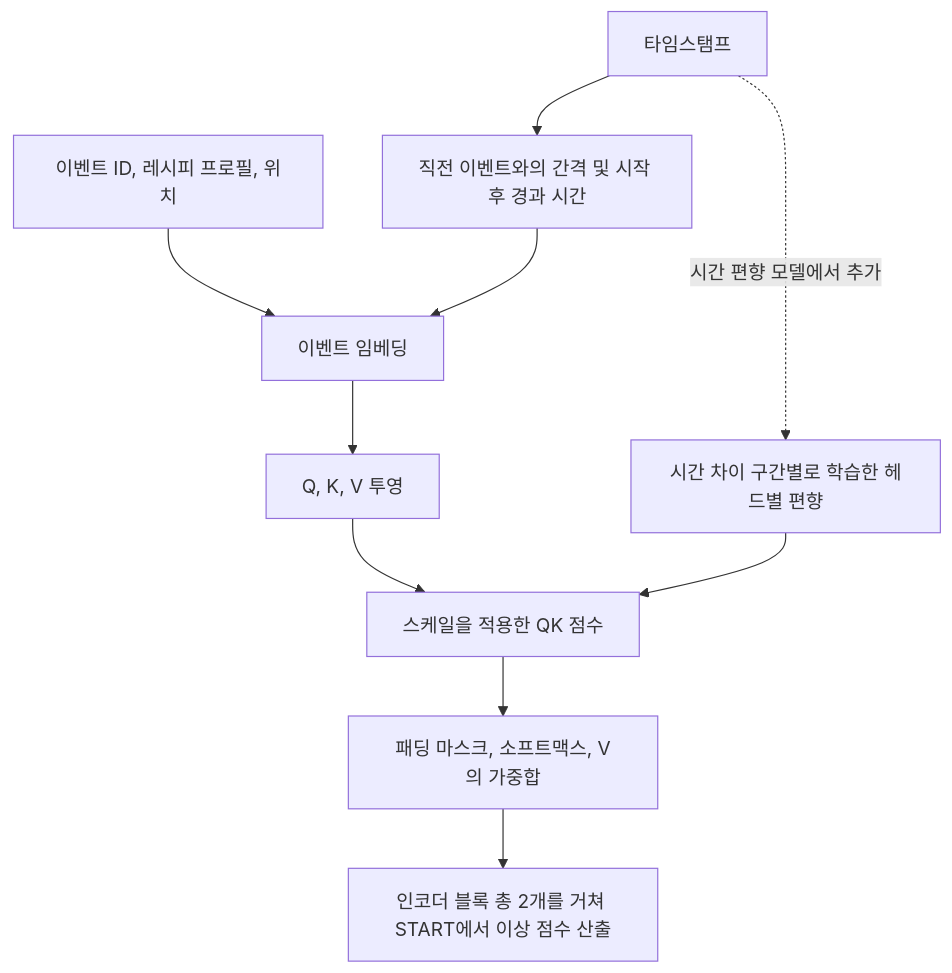
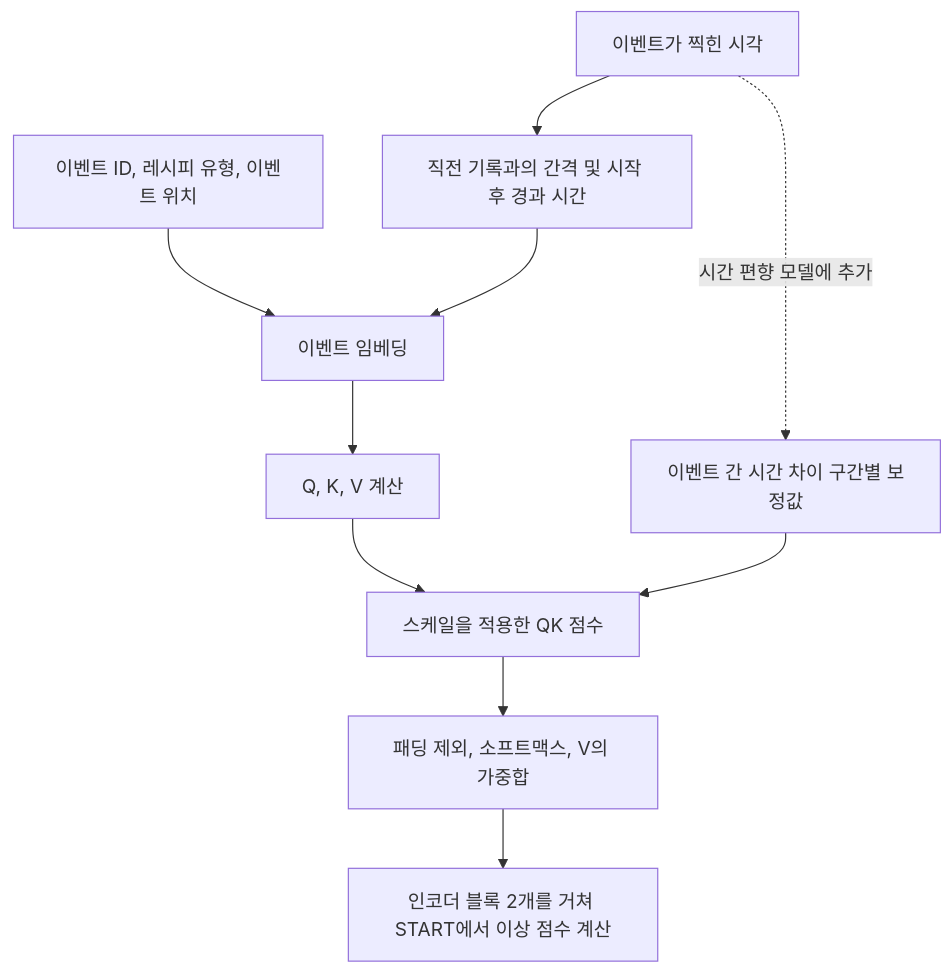
Before and after one commit to ArialHanho/equip-triage: the diagram in README.ko.md, drawn with Mermaid. The commit also changed other lines of this file, not shown here.

````diff
--- a/README.ko.md
+++ b/README.ko.md
@@ -58,12 +64,12 @@
 ```mermaid
 flowchart TD
-    E["이벤트 ID, 레시피 프로필, 위치"] --> X["이벤트 임베딩"]
-    T["타임스탬프"] --> I["직전 이벤트와의 간격 및 시작 후 경과 시간"]
+    E["이벤트 ID, 레시피 유형, 이벤트 위치"] --> X["이벤트 임베딩"]
+    T["이벤트가 찍힌 시각"] --> I["직전 기록과의 간격 및 시작 후 경과 시간"]
     I --> X
-    X --> Q["Q, K, V 투영"]
+    X --> Q["Q, K, V 계산"]
     Q --> S["스케일을 적용한 QK 점수"]
-    T -. "시간 편향 모델에서 추가" .-> B["시간 차이 구간별로 학습한 헤드별 편향"]
+    T -. "시간 편향 모델에 추가" .-> B["이벤트 간 시간 차이 구간별 보정값"]
     B --> S
-    S --> A["패딩 마스크, 소프트맥스, V의 가중합"]
-    A --> O["인코더 블록 총 2개를 거쳐 START에서 이상 점수 산출"]
+    S --> A["패딩 제외, 소프트맥스, V의 가중합"]
+    A --> O["인코더 블록 2개를 거쳐 START에서 이상 점수 계산"]
 ```
````
